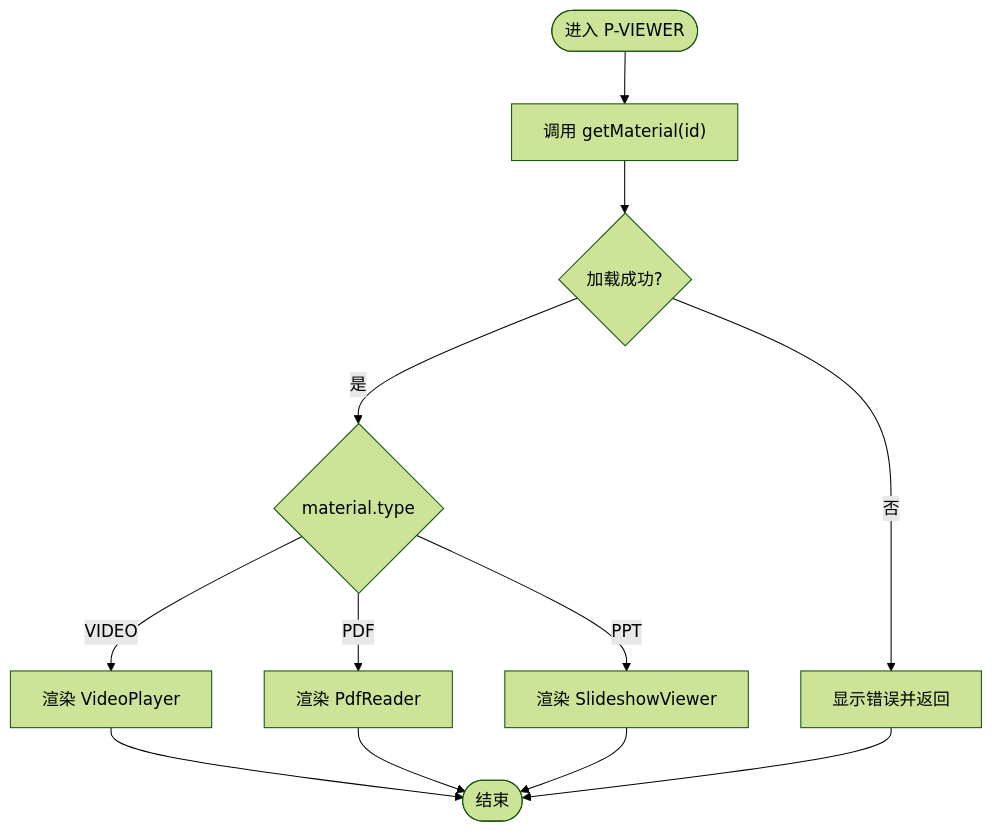
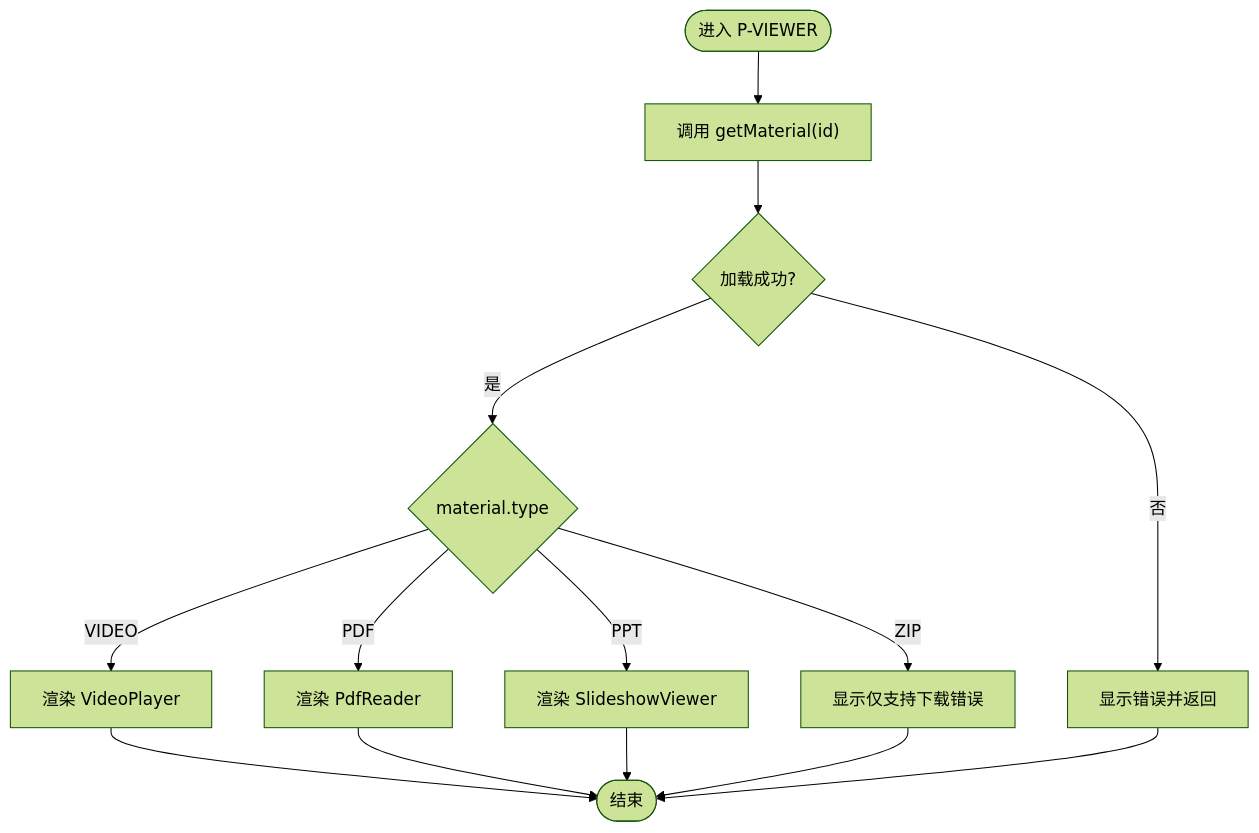
One commit to leo21cn/ai-learning-hub changed the third of 7 diagrams in .qoder/repowiki/zh/content/前端开发指南/页面开发/前台页面开发/在线播放器页面/在线播放器页面.md. Above: the diagram before and after it, drawn with Mermaid (forest theme). The commit also changed other lines of this file and 41 other files, not shown here.

````diff
--- a/.qoder/repowiki/zh/content/前端开发指南/页面开发/前台页面开发/在线播放器页面/在线播放器页面.md
+++ b/.qoder/repowiki/zh/content/前端开发指南/页面开发/前台页面开发/在线播放器页面/在线播放器页面.md
@@ -142,14 +158,16 @@
 ```mermaid
 flowchart TD
 Start(["进入 P-VIEWER"]) --> Load["调用 getMaterial(id)"]
 Load --> Ok{"加载成功?"}
 Ok -- 否 --> Err["显示错误并返回"]
 Ok -- 是 --> Split{"material.type"}
 Split --> |VIDEO| ToVP["渲染 VideoPlayer"]
 Split --> |PDF| ToPR["渲染 PdfReader"]
 Split --> |PPT| ToSV["渲染 SlideshowViewer"]
+Split --> |ZIP| ToErr["显示仅支持下载错误"]
 ToVP --> End(["结束"])
 ToPR --> End
 ToSV --> End
+ToErr --> End
 Err --> End
 ```
````
